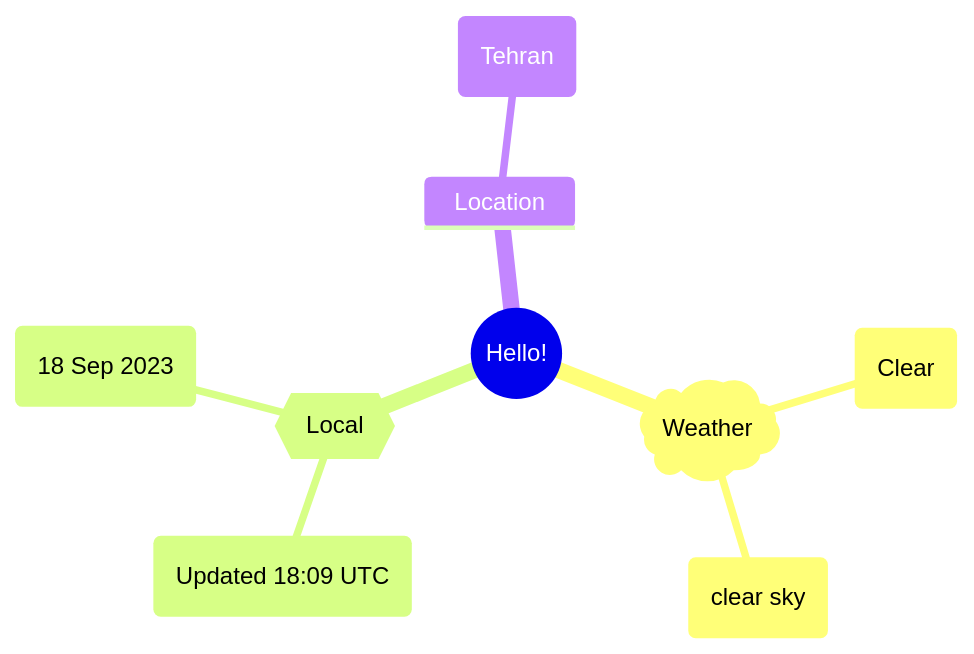
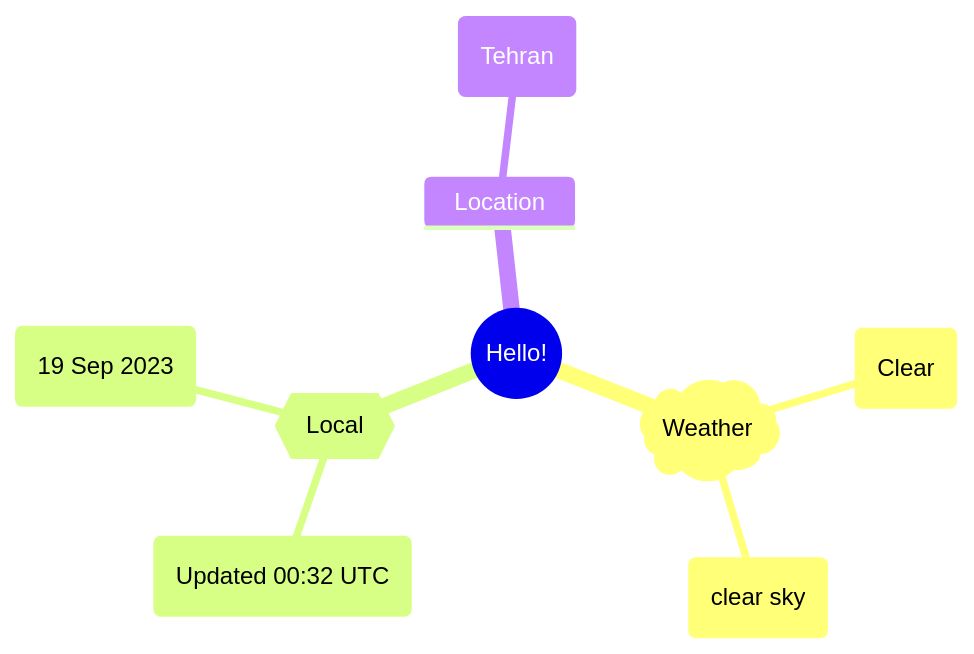
The first of 2 diagrams in README.md (Xosrov/Xosrov), drawn with Mermaid before and after one commit.

Commit message:
[bot] updated images

````diff
--- a/README.md
+++ b/README.md
@@ -3,12 +3,12 @@
 ```mermaid
 mindmap
   root((Hello!))
     )Weather(
         (Clear)
         (clear sky)
     {{Local}}
-        (Updated 18:09 UTC)
-        (18 Sep 2023)
+        (Updated 00:32 UTC)
+        (19 Sep 2023)
     Location
         (Tehran)
 ```
````
